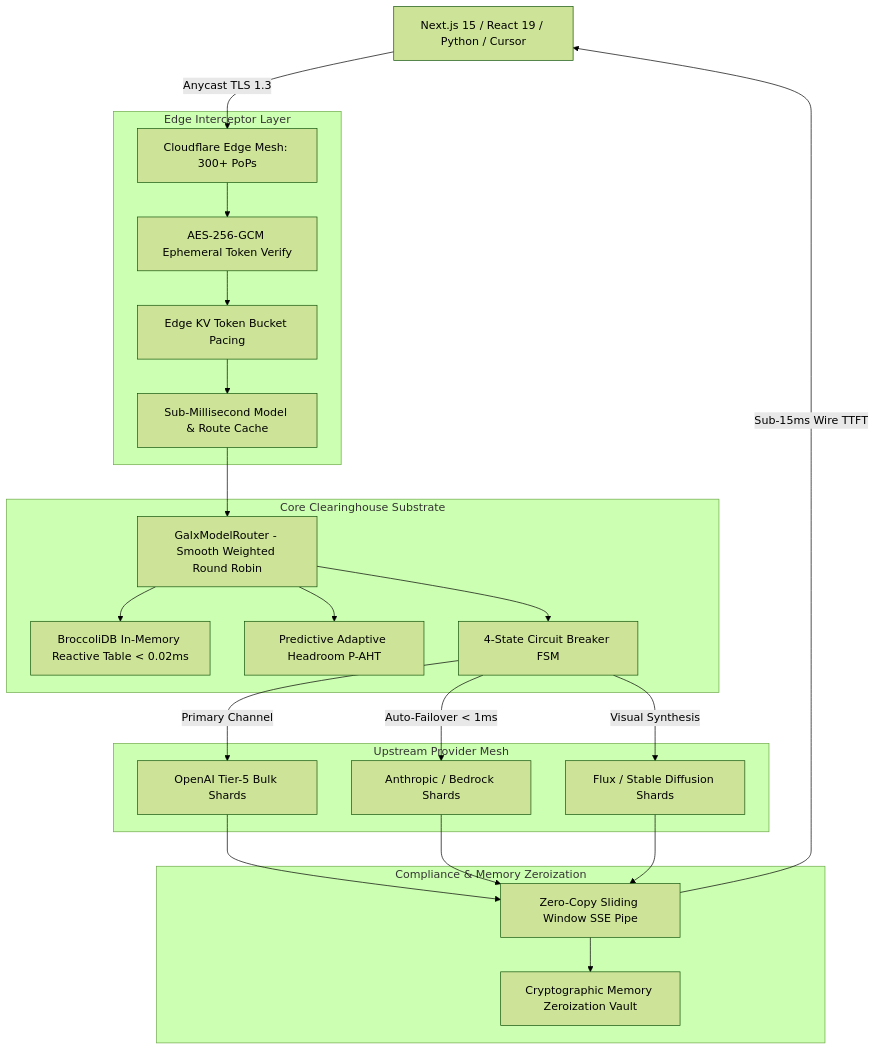
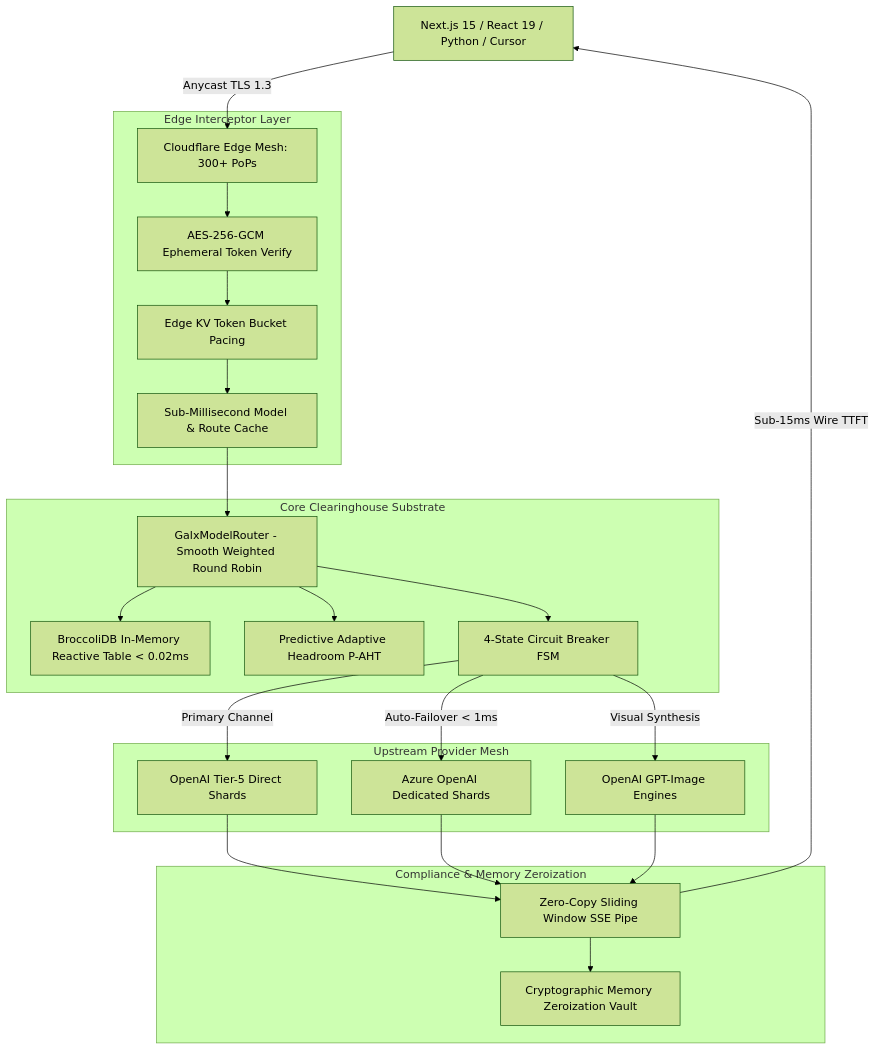
Before and after one commit to CardSorting/GALXAI: the diagram in docs/investors/07_TECHNICAL_DILIGENCE_AND_PATENTS.md, drawn with Mermaid (forest theme). The commit also changed other lines of this file and 36 other files, not shown here.

````diff
--- a/docs/investors/07_TECHNICAL_DILIGENCE_AND_PATENTS.md
+++ b/docs/investors/07_TECHNICAL_DILIGENCE_AND_PATENTS.md
@@ -9,30 +9,30 @@
 ```mermaid
 flowchart TD
     Client[Next.js 15 / React 19 / Python / Cursor] -->|Anycast TLS 1.3| Edge[Cloudflare Edge Mesh: 300+ PoPs]
     
     subgraph Edge Interceptor Layer
         Edge --> EdgeAuth[AES-256-GCM Ephemeral Token Verify]
         EdgeAuth --> RateGov[Edge KV Token Bucket Pacing]
         RateGov --> BloomFilter[Sub-Millisecond Model & Route Cache]
     end
     
     subgraph Core Clearinghouse Substrate
         BloomFilter --> Router[GalxModelRouter - Smooth Weighted Round Robin]
         Router --> L1Cache[BroccoliDB In-Memory Reactive Table < 0.02ms]
         Router --> HeadroomEngine[Predictive Adaptive Headroom P-AHT]
         Router --> CircuitBreaker[4-State Circuit Breaker FSM]
     end
     
     subgraph Upstream Provider Mesh
-        CircuitBreaker -->|Primary Channel| P1[OpenAI Tier-5 Bulk Shards]
-        CircuitBreaker -->|Auto-Failover < 1ms| P2[Anthropic / Bedrock Shards]
-        CircuitBreaker -->|Visual Synthesis| P3[Flux / Stable Diffusion Shards]
+        CircuitBreaker -->|Primary Channel| P1[OpenAI Tier-5 Direct Shards]
+        CircuitBreaker -->|Auto-Failover < 1ms| P2[Azure OpenAI Dedicated Shards]
+        CircuitBreaker -->|Visual Synthesis| P3[OpenAI GPT-Image Engines]
     end
     
     subgraph Compliance & Memory Zeroization
         P1 & P2 & P3 --> StreamPipe[Zero-Copy Sliding Window SSE Pipe]
         StreamPipe --> ZDR[Cryptographic Memory Zeroization Vault]
     end
     
     StreamPipe -->|Sub-15ms Wire TTFT| Client
 ```
````
